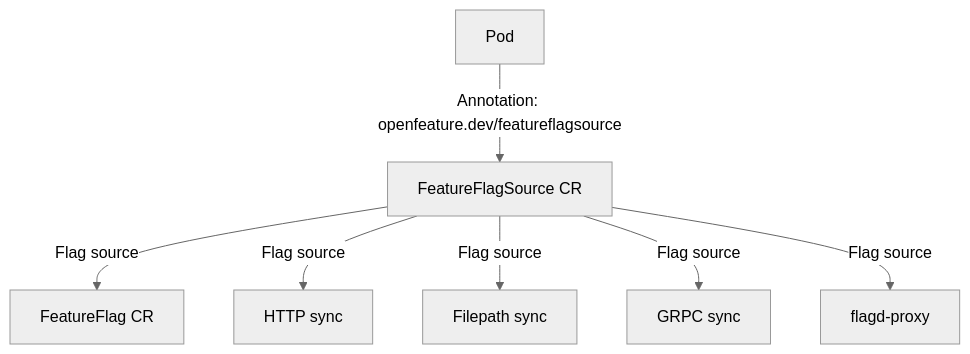
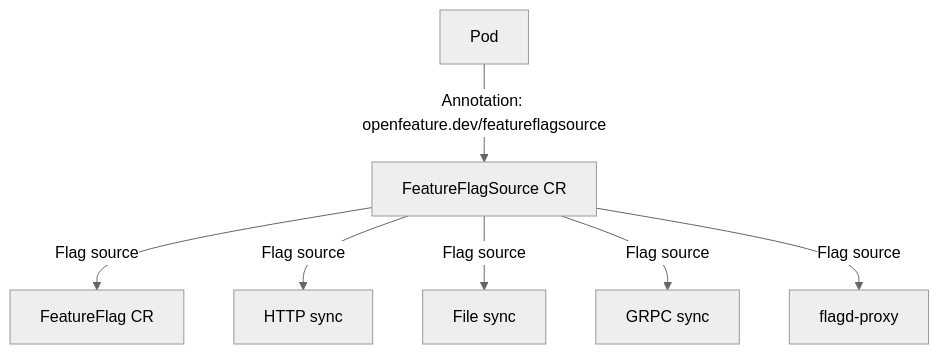
One commit to open-feature/open-feature-operator changed the diagram in docs/README.md. Above: the diagram before and after it, drawn with Mermaid (neutral theme). The commit also changed 9 other files, not shown here.

````diff
--- a/docs/README.md
+++ b/docs/README.md
@@ -19,9 +19,9 @@
 ```mermaid
 flowchart TD
     A[Pod]-->|Annotation: openfeature.dev/featureflagsource| B[FeatureFlagSource CR]
     B--> |Flag source| C[FeatureFlag CR]
     B--> |Flag source| D[HTTP sync]
-    B--> |Flag source| E[Filepath sync]
+    B--> |Flag source| E[File sync]
     B--> |Flag source| F[GRPC sync]
     B--> |Flag source| G[flagd-proxy]
 ```
````
